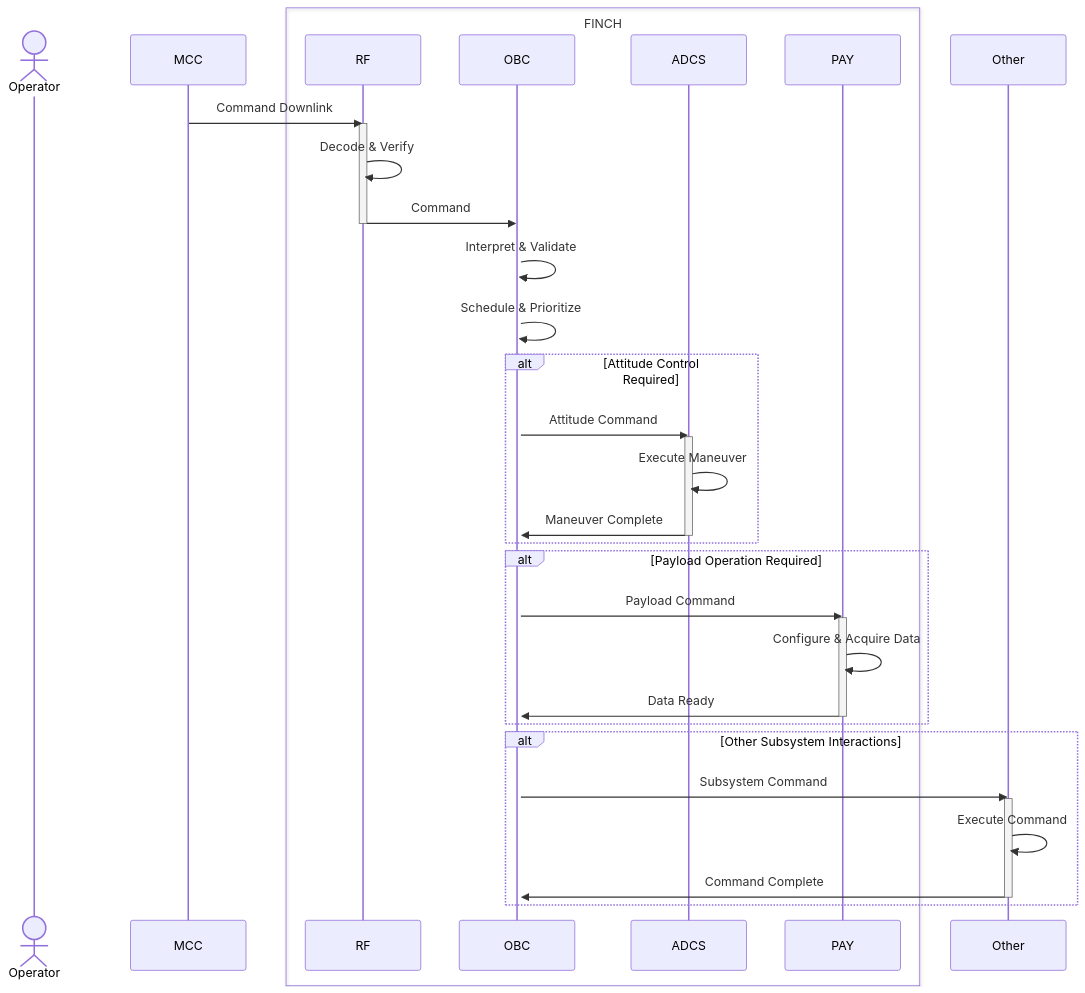
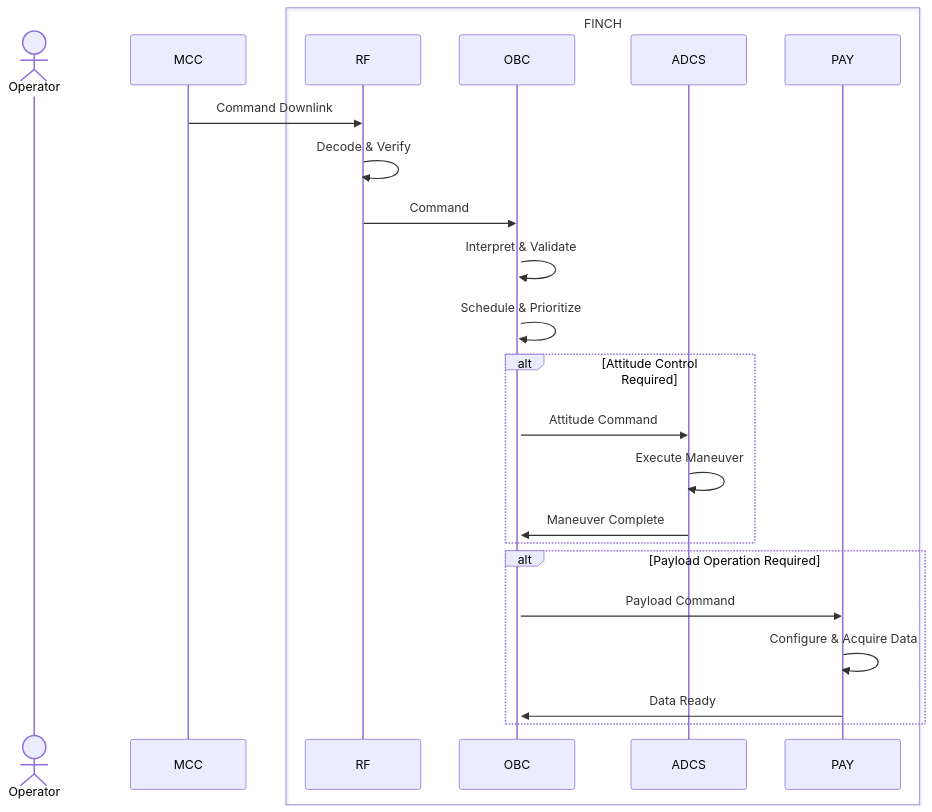
The diagram in command sequences/onboard-processing-command.md (utat-ss/FINCH-sequence-diagrams), drawn with Mermaid before and after one commit.

````diff
--- a/command sequences/onboard-processing-command.md
+++ b/command sequences/onboard-processing-command.md
@@ -1,47 +1,33 @@
 ```mermaid
 
 sequenceDiagram
     Actor Operator
     participant MCC
     box FINCH
         participant RF
         participant OBC
         participant ADCS
         participant PAY
     end
     MCC->>RF: Command Downlink
-    activate RF
     RF->>RF: Decode & Verify
     RF->>OBC: Command
-    deactivate RF
 
     activate OBC
     OBC->>OBC: Interpret & Validate
     OBC->>OBC: Schedule & Prioritize
 
     alt Attitude Control Required
         OBC->>ADCS: Attitude Command
-        activate ADCS
         ADCS->>ADCS: Execute Maneuver
         ADCS->>OBC: Maneuver Complete
-        deactivate ADCS
     end
 
     alt Payload Operation Required
         OBC->>PAY: Payload Command
-        activate PAY
         PAY->>PAY: Configure & Acquire Data
         PAY->>OBC: Data Ready
-        deactivate PAY
     end
     
-    alt Other Subsystem Interactions
-        OBC->>Other: Subsystem Command
-        activate Other
-        Other->>Other: Execute Command
-        Other->>OBC: Command Complete
-        deactivate Other
-    end
-
 
 ```
````
